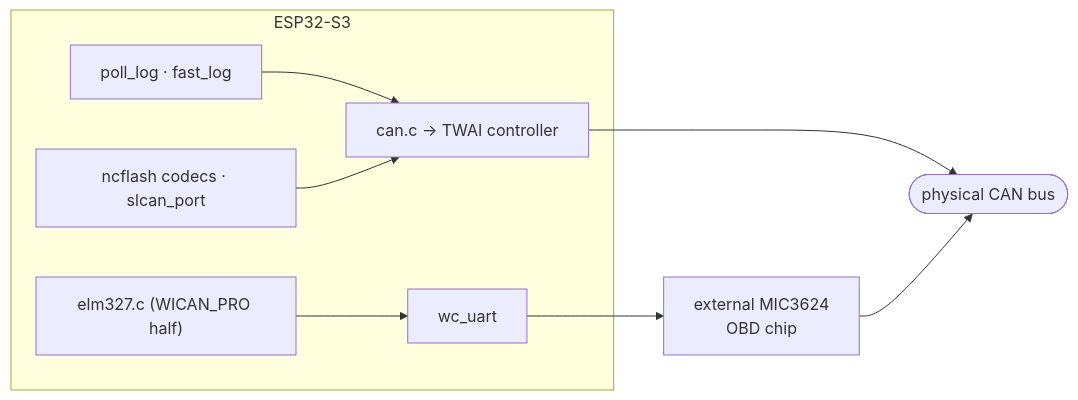
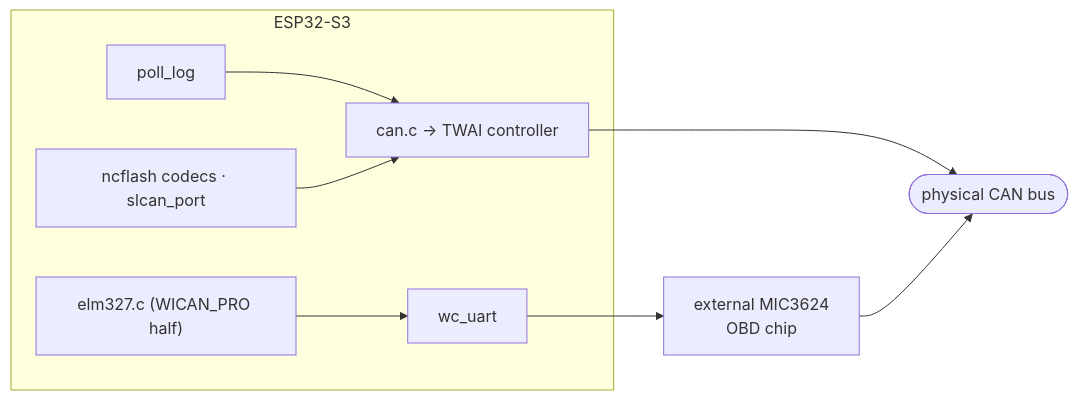
Before and after one commit to cdufresne81/nc-flash-wican-fw: the second of 5 diagrams in docs/internals/architecture.md, drawn with Mermaid. The commit also changed other lines of this file and 11 other files, not shown here.

First line of the commit message:
cleanup: delete the dead fast_log logger

````diff
--- a/docs/internals/architecture.md
+++ b/docs/internals/architecture.md
@@ -374,17 +374,17 @@
 ```mermaid
 flowchart LR
     subgraph ESP["ESP32-S3"]
-        PL["poll_log · fast_log"]
+        PL["poll_log"]
         NCF["ncflash codecs · slcan_port"]
         TWAI["can.c → TWAI controller"]
         ELM["elm327.c (WICAN_PRO half)"]
         UART["wc_uart"]
     end
     OBDCHIP["external MIC3624<br/>OBD chip"]
     BUS(["physical CAN bus"])
 
     PL --> TWAI
     NCF --> TWAI
     TWAI --> BUS
     ELM --> UART --> OBDCHIP --> BUS
 ```
````
